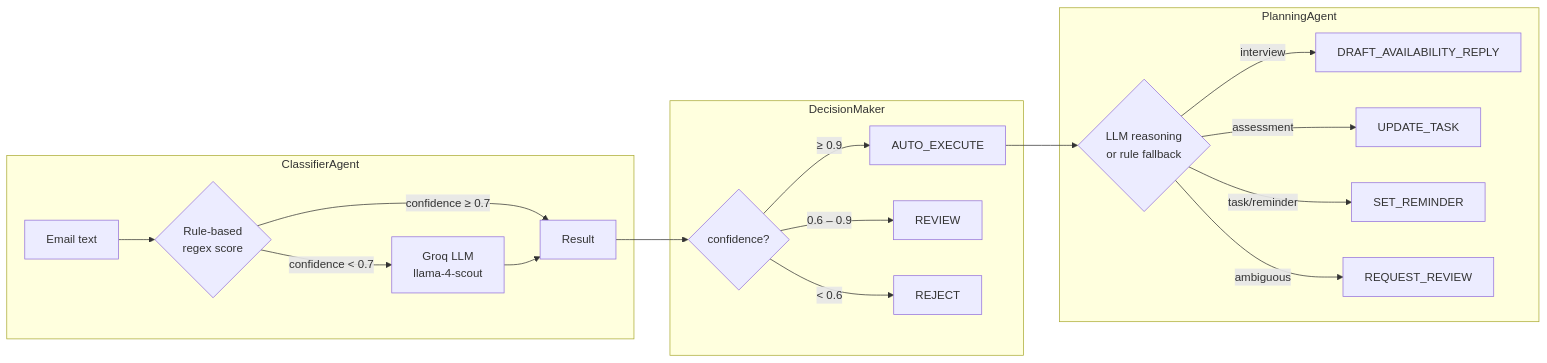
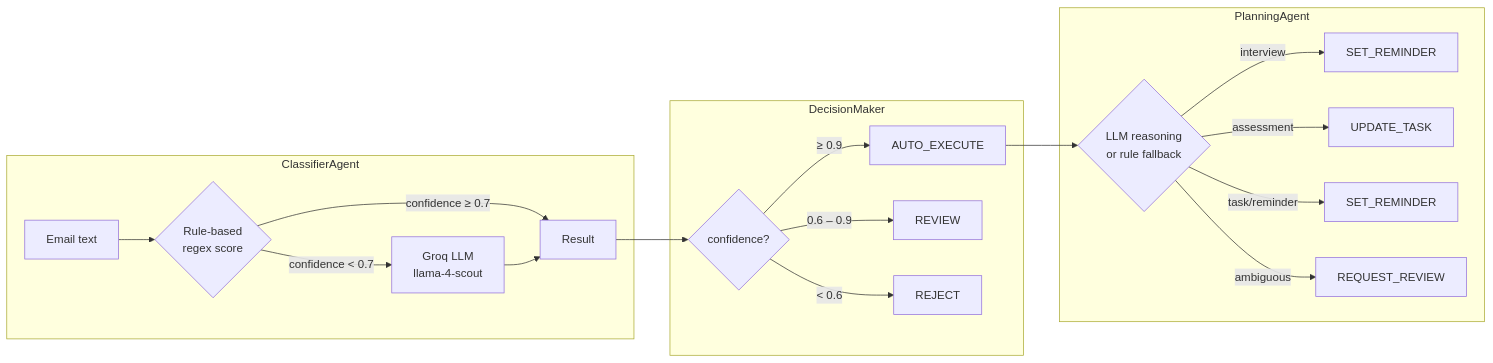
Before and after one commit to Maharavan/MailMind: the third of 4 diagrams in README.md, drawn with Mermaid. The commit also changed other lines of this file and 11 other files, not shown here.

````diff
--- a/README.md
+++ b/README.md
@@ -96,24 +151,24 @@
 ```mermaid
 flowchart LR
     subgraph ClassifierAgent
         A[Email text] --> B{Rule-based\nregex score}
         B -->|confidence ≥ 0.7| C[Result]
         B -->|confidence < 0.7| D[Groq LLM\nllama-4-scout]
         D --> C
     end
 
     subgraph DecisionMaker
         C --> E{confidence?}
         E -->|≥ 0.9| F[AUTO_EXECUTE]
         E -->|0.6 – 0.9| G[REVIEW]
         E -->|< 0.6| H[REJECT]
     end
 
     subgraph PlanningAgent
         F --> I{LLM reasoning\nor rule fallback}
-        I -->|interview| J[DRAFT_AVAILABILITY_REPLY]
+        I -->|interview| J[SET_REMINDER]
         I -->|assessment| K[UPDATE_TASK]
         I -->|task/reminder| L[SET_REMINDER]
         I -->|ambiguous| M[REQUEST_REVIEW]
     end
 ```
````
